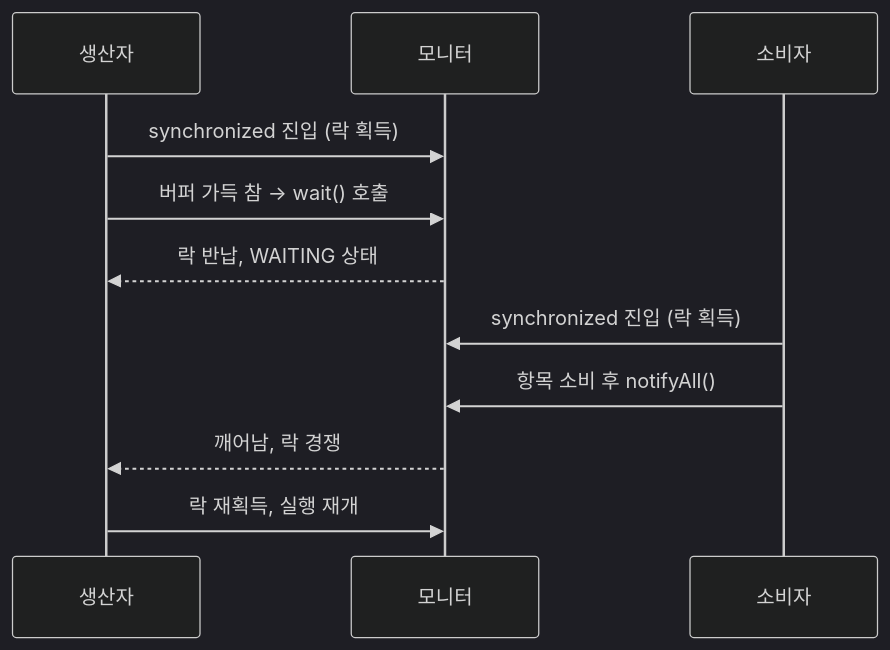
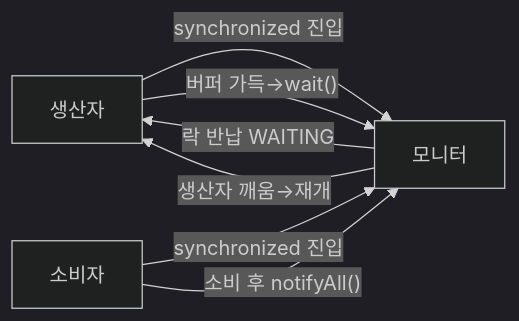
The fifth of 6 diagrams in _posts/java/2026-05-01-java-object-class.md (yjkim2015/yjkim2015.github.io), drawn with Mermaid (dark theme) before and after one commit. The commit also changed 32 other files, not shown here.

First line of the commit message:
sequenceDiagram 82개 → graph LR 변환 완료

````diff
--- a/_posts/java/2026-05-01-java-object-class.md
+++ b/_posts/java/2026-05-01-java-object-class.md
@@ -575,13 +575,9 @@
 ```mermaid
-sequenceDiagram
-    participant 생산자
-    participant 모니터
-    participant 소비자
-    생산자->>모니터: synchronized 진입 (락 획득)
-    생산자->>모니터: 버퍼 가득 참 → wait() 호출
-    모니터-->>생산자: 락 반납, WAITING 상태
-    소비자->>모니터: synchronized 진입 (락 획득)
-    소비자->>모니터: 항목 소비 후 notifyAll()
-    모니터-->>생산자: 깨어남, 락 경쟁
-    생산자->>모니터: 락 재획득, 실행 재개
+graph LR
+    P["생산자"] -->|"synchronized 진입"| M["모니터"]
+    P -->|"버퍼 가득→wait()"| M
+    M -->|"락 반납 WAITING"| P
+    C["소비자"] -->|"synchronized 진입"| M
+    C -->|"소비 후 notifyAll()"| M
+    M -->|"생산자 깨움→재개"| P
 ```
````
